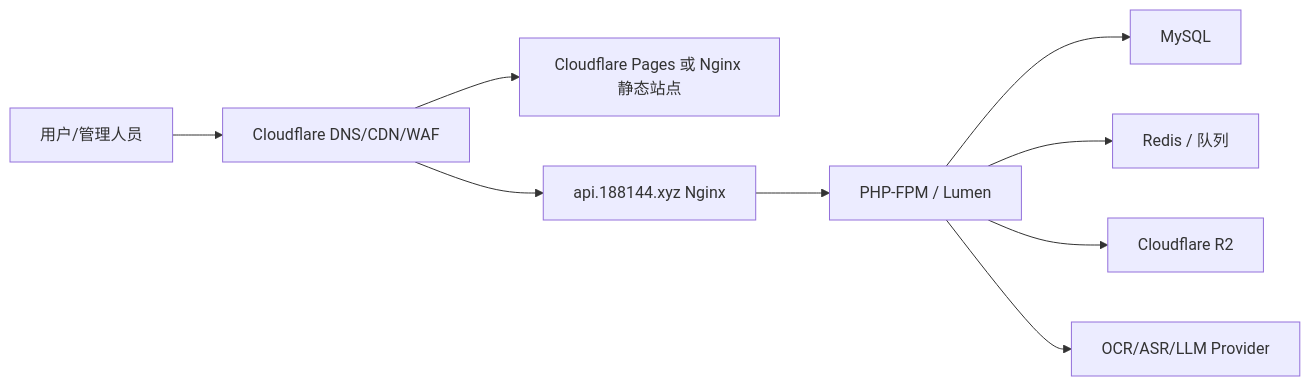
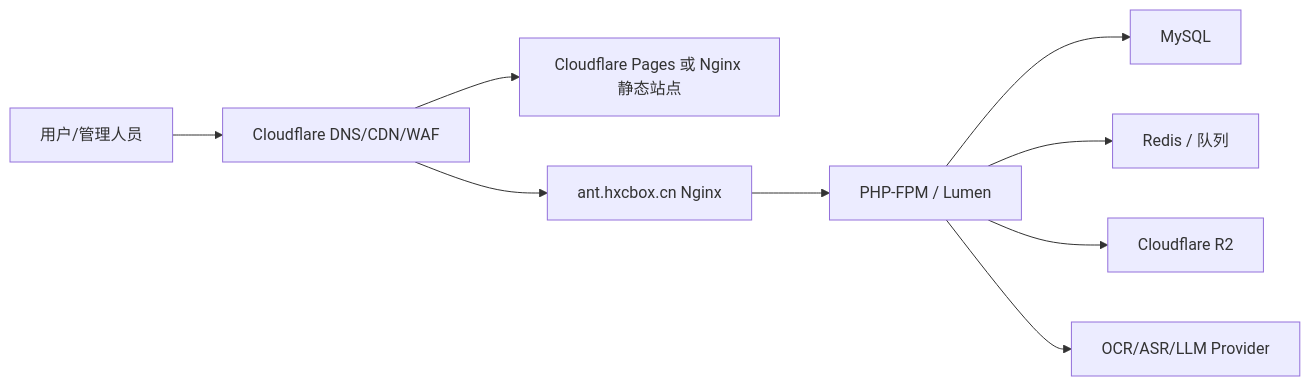
The diagram in docs/production-deployment.md (shenxiaozi007/service-antifraud), drawn with Mermaid before and after one commit. The commit also changed other lines of this file and 4 other files, not shown here.

````diff
--- a/docs/production-deployment.md
+++ b/docs/production-deployment.md
@@ -20,11 +20,11 @@
 ```mermaid
 flowchart LR
   U["用户/管理人员"] --> CF["Cloudflare DNS/CDN/WAF"]
   CF --> H5["Cloudflare Pages 或 Nginx 静态站点"]
-  CF --> API["api.188144.xyz Nginx"]
+  CF --> API["ant.hxcbox.cn Nginx"]
   API --> PHP["PHP-FPM / Lumen"]
   PHP --> DB["MySQL"]
   PHP --> Redis["Redis / 队列"]
   PHP --> R2["Cloudflare R2"]
   PHP --> AI["OCR/ASR/LLM Provider"]
 ```
````
